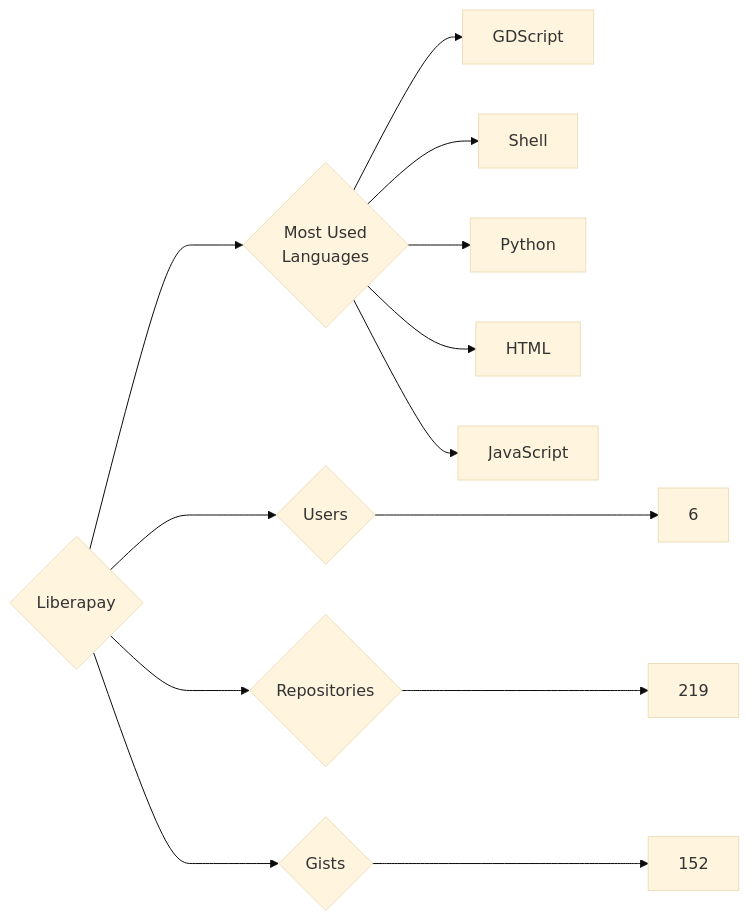
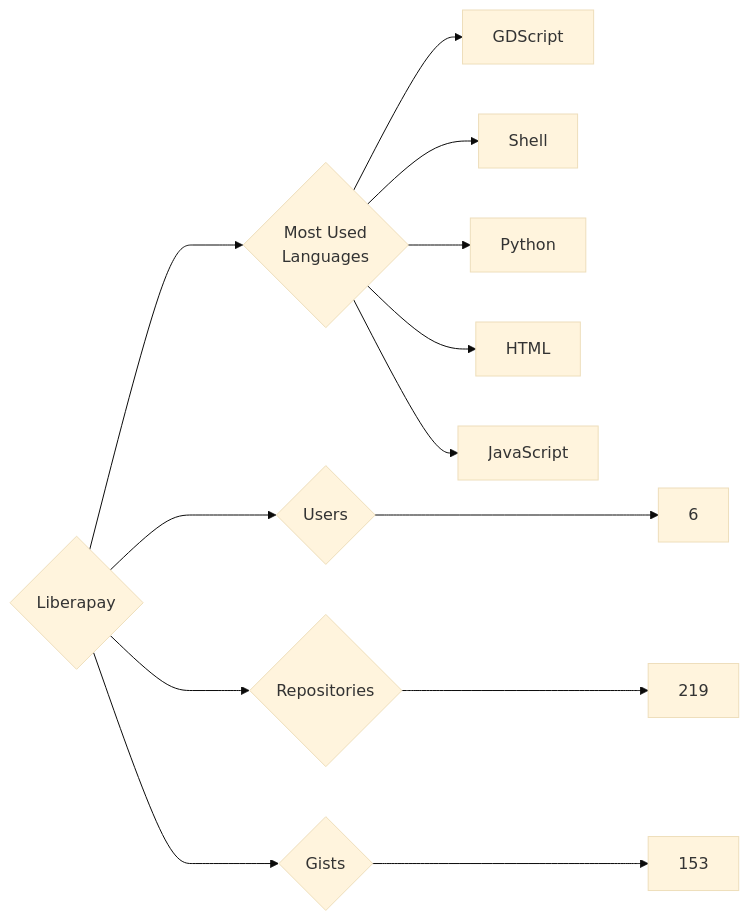
Before and after one commit to trickest/insiders: the diagram in targets/Liberapay/README.md, drawn with Mermaid (base theme). The commit also changed 629 other files, not shown here.

````diff
--- a/targets/Liberapay/README.md
+++ b/targets/Liberapay/README.md
@@ -3,13 +3,13 @@
 ```mermaid
 graph LR
 COMPANY_NAME{Liberapay}
 COMPANY_NAME ---> U{Users} ---> UN[6]
 COMPANY_NAME ---> R{Repositories} ---> RN[219]
-COMPANY_NAME ---> G{Gists} ---> GN[152]
+COMPANY_NAME ---> G{Gists} ---> GN[153]
 COMPANY_NAME ---> ML{Most Used<br>Languages}
 ML --> GDScript[GDScript]
 ML --> Shell[Shell]
 ML --> Python[Python]
 ML --> HTML[HTML]
 ML --> JavaScript[JavaScript]
 ```
````
